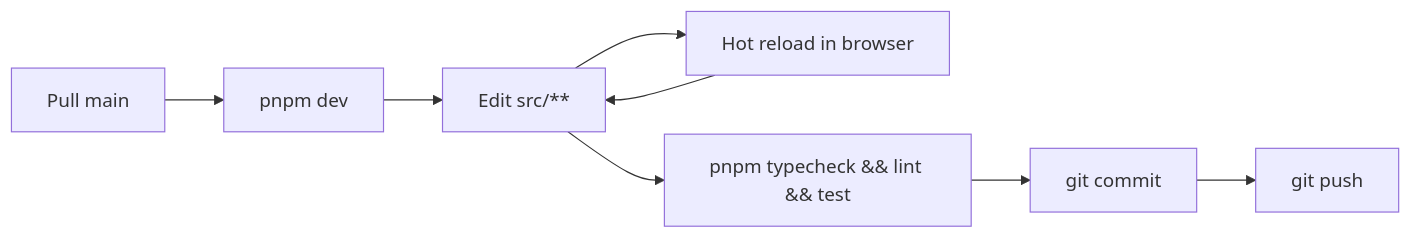
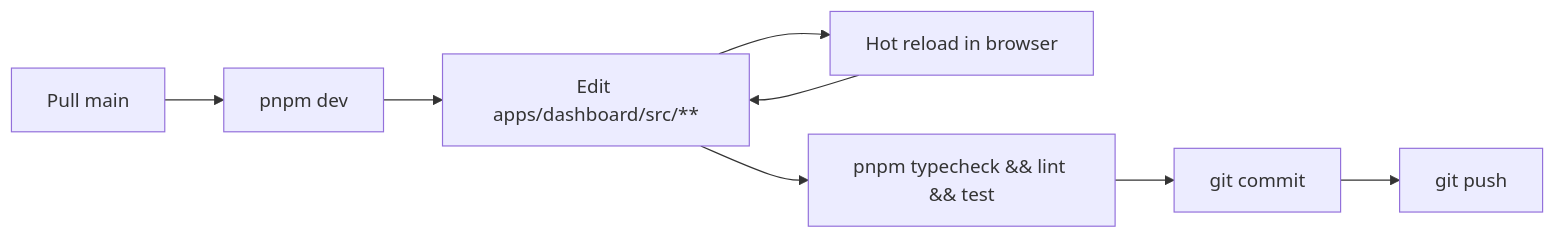
Before and after one commit to webteamuxco/dashboard-monitor: the diagram in apps/docs-site/docs/getting-started.md, drawn with Mermaid. The commit also changed other lines of this file and 27 other files, not shown here.

````diff
--- a/apps/docs-site/docs/getting-started.md
+++ b/apps/docs-site/docs/getting-started.md
@@ -107,10 +137,10 @@
 ```mermaid
 flowchart LR
     Start[Pull main] --> Dev[pnpm dev]
-    Dev --> Edit[Edit src/**]
+    Dev --> Edit[Edit apps/dashboard/src/**]
     Edit --> HR[Hot reload in browser]
     HR --> Edit
     Edit --> Check[pnpm typecheck && lint && test]
     Check --> Commit[git commit]
     Commit --> Push[git push]
 ```
````
